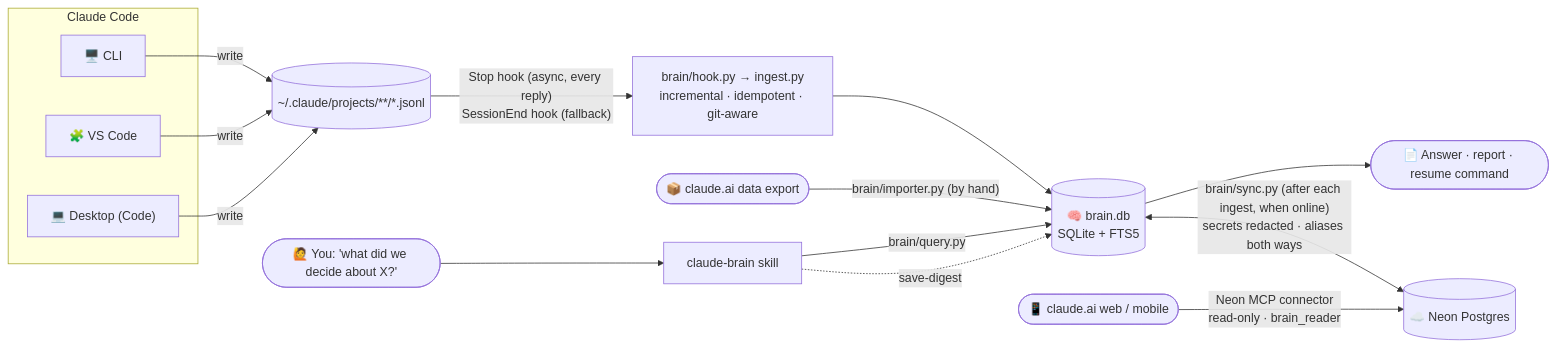
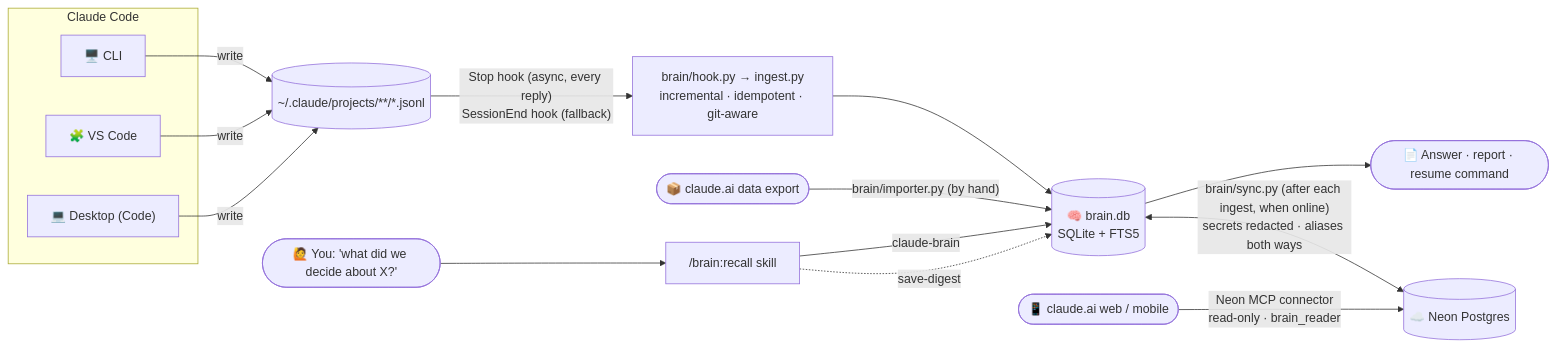
One commit to aavzpy2023/ClaudeBrain changed the first of 2 diagrams in README.md. Above: the diagram before and after it, drawn with Mermaid. The commit also changed other lines of this file and 17 other files, not shown here.

First line of the commit message:
Package ClaudeBrain as a Claude Code plugin; local by default, cloud opt-in

````diff
--- a/README.md
+++ b/README.md
@@ -61,22 +61,22 @@
 ```mermaid
 flowchart LR
     subgraph Surfaces["Claude Code"]
         CLI["🖥️ CLI"]
         VS["🧩 VS Code"]
         DK["💻 Desktop (Code)"]
     end
 
     CLI & VS & DK -->|write| JSONL[("~/.claude/projects/**/*.jsonl")]
 
     JSONL -->|"Stop hook (async, every reply)<br/>SessionEnd hook (fallback)"| ING["brain/hook.py → ingest.py<br/>incremental · idempotent · git-aware"]
     ING --> DB[("🧠 brain.db<br/>SQLite + FTS5")]
     EXPORT(["📦 claude.ai data export"]) -->|"brain/importer.py (by hand)"| DB
 
-    YOU(["🙋 You: 'what did we decide about X?'"]) --> SKILL["claude-brain skill"]
-    SKILL -->|"brain/query.py"| DB
+    YOU(["🙋 You: 'what did we decide about X?'"]) --> SKILL["/brain:recall skill"]
+    SKILL -->|"claude-brain"| DB
     DB --> ANS(["📄 Answer · report · resume command"])
     SKILL -.->|save-digest| DB
 
     DB <-->|"brain/sync.py (after each ingest, when online)<br/>secrets redacted · aliases both ways"| NEON[("☁️ Neon Postgres")]
     PHONE(["📱 claude.ai web / mobile"]) -->|"Neon MCP connector<br/>read-only · brain_reader"| NEON
 ```
````
